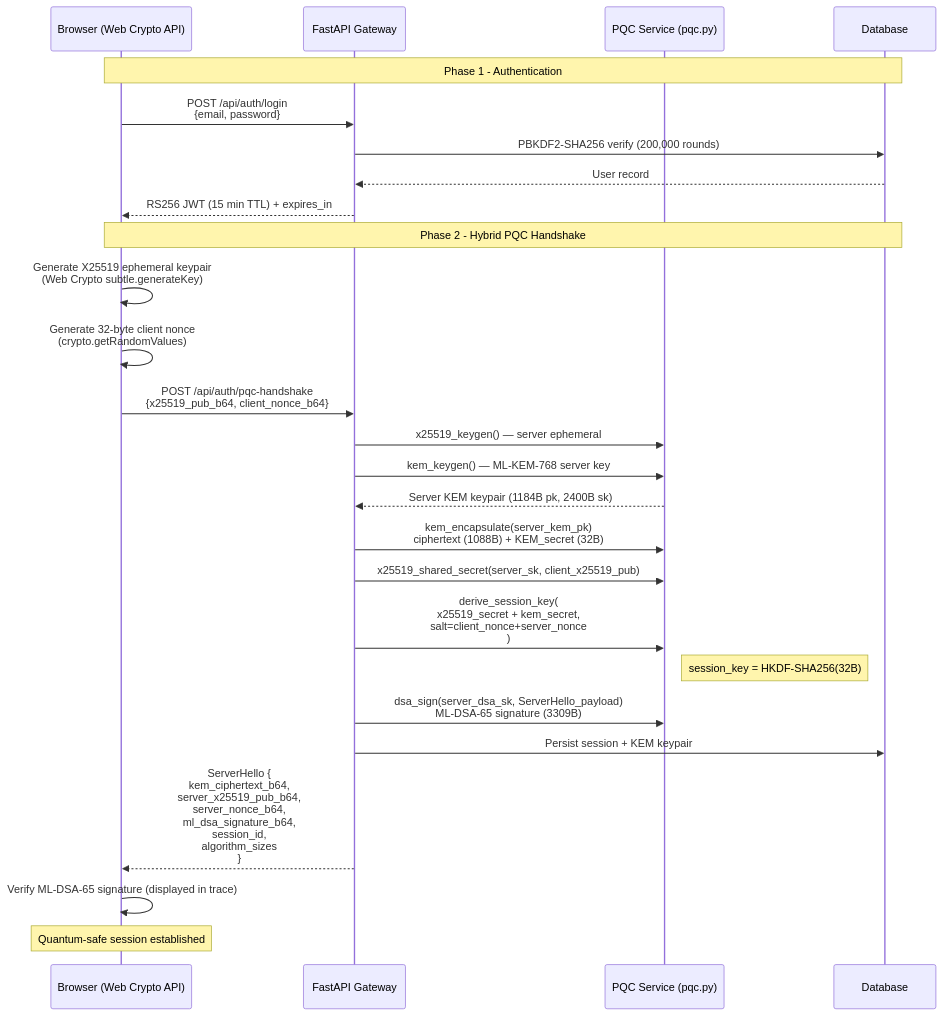
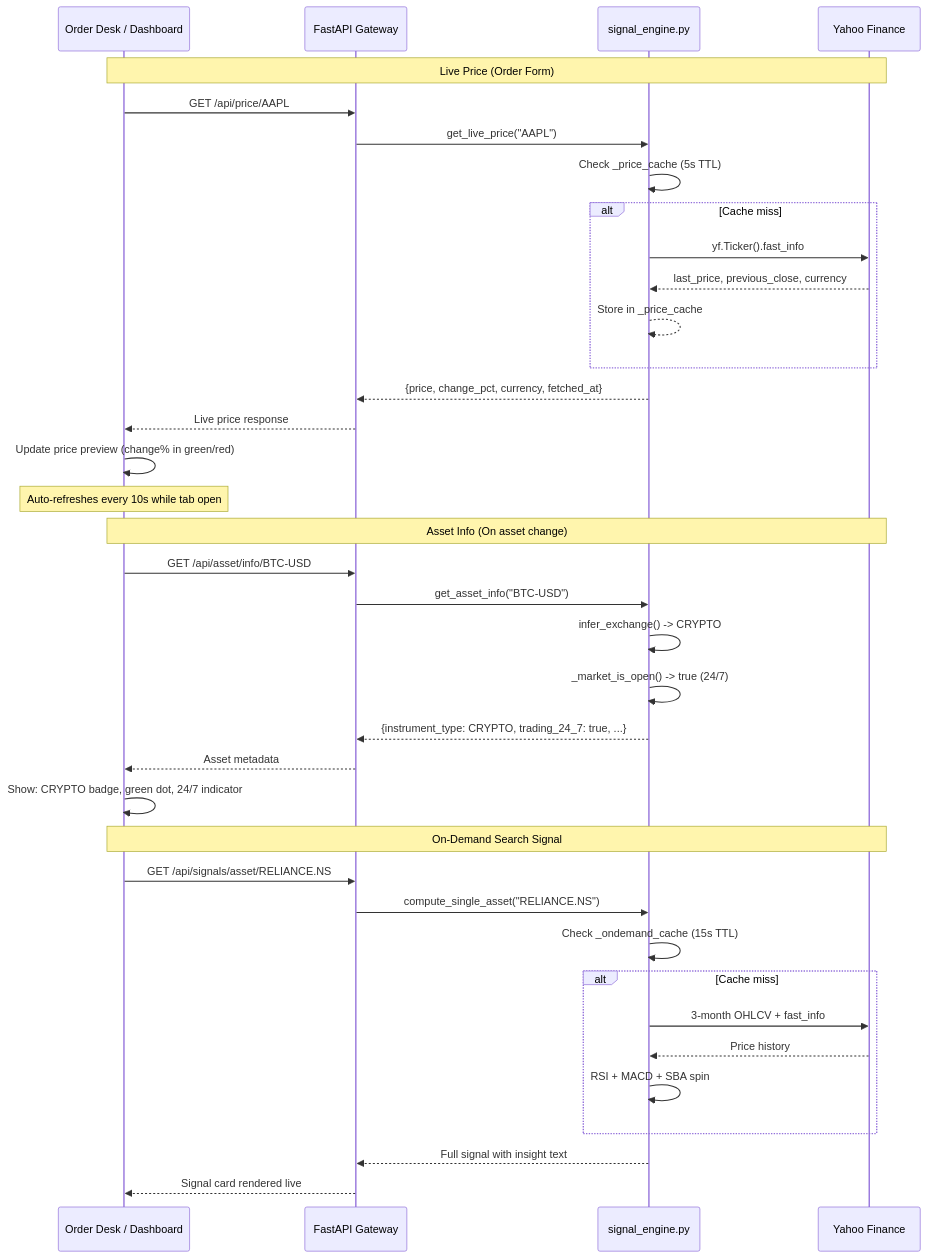
The second of 5 diagrams in README.md (BugHunterX2101/quantumsentinel-web), drawn with Mermaid before and after one commit. The commit also changed other lines of this file, not shown here.

````diff
--- a/README.md
+++ b/README.md
@@ -138,34 +141,42 @@
 ```mermaid
 sequenceDiagram
-    participant BR as Browser (Web Crypto API)
+    participant UI as Order Desk / Dashboard
     participant GW as FastAPI Gateway
-    participant PQC as PQC Service (pqc.py)
-    participant DB as Database
+    participant SE as signal_engine.py
+    participant YF as Yahoo Finance
 
-    Note over BR,DB: Phase 1 - Authentication
-    BR->>GW: POST /api/auth/login<br/>{email, password}
-    GW->>DB: PBKDF2-SHA256 verify (200,000 rounds)
-    DB-->>GW: User record
-    GW-->>BR: RS256 JWT (15 min TTL) + expires_in
+    Note over UI,YF: Live Price (Order Form)
+    UI->>GW: GET /api/price/AAPL
+    GW->>SE: get_live_price("AAPL")
+    SE->>SE: Check _price_cache (5s TTL)
+    alt Cache miss
+        SE->>YF: yf.Ticker().fast_info
+        YF-->>SE: last_price, previous_close, currency
+        SE-->>SE: Store in _price_cache
+    end
+    SE-->>GW: {price, change_pct, currency, fetched_at}
+    GW-->>UI: Live price response
+    UI->>UI: Update price preview (change% in green/red)
+    Note over UI: Auto-refreshes every 10s while tab open
 
-    Note over BR,DB: Phase 2 - Hybrid PQC Handshake
-    BR->>BR: Generate X25519 ephemeral keypair<br/>(Web Crypto subtle.generateKey)
-    BR->>BR: Generate 32-byte client nonce<br/>(crypto.getRandomValues)
-    BR->>GW: POST /api/auth/pqc-handshake<br/>{x25519_pub_b64, client_nonce_b64}
+    Note over UI,YF: Asset Info (On asset change)
+    UI->>GW: GET /api/asset/info/BTC-USD
+    GW->>SE: get_asset_info("BTC-USD")
+    SE->>SE: infer_exchange() -> CRYPTO
+    SE->>SE: _market_is_open() -> true (24/7)
+    SE-->>GW: {instrument_type: CRYPTO, trading_24_7: true, ...}
+    GW-->>UI: Asset metadata
+    UI->>UI: Show: CRYPTO badge, green dot, 24/7 indicator
 
-    GW->>PQC: x25519_keygen() — server ephemeral
-    GW->>PQC: kem_keygen() — ML-KEM-768 server key
-    PQC-->>GW: Server KEM keypair (1184B pk, 2400B sk)
-
-    GW->>PQC: kem_encapsulate(server_kem_pk)<br/>ciphertext (1088B) + KEM_secret (32B)
-    GW->>PQC: x25519_shared_secret(server_sk, client_x25519_pub)
-    GW->>PQC: derive_session_key(<br/>  x25519_secret + kem_secret,<br/>  salt=client_nonce+server_nonce<br/>)
-    Note right of PQC: session_key = HKDF-SHA256(32B)
-
-    GW->>PQC: dsa_sign(server_dsa_sk, ServerHello_payload)<br/>ML-DSA-65 signature (3309B)
-    GW->>DB: Persist session + KEM keypair
-    GW-->>BR: ServerHello {<br/>  kem_ciphertext_b64,<br/>  server_x25519_pub_b64,<br/>  server_nonce_b64,<br/>  ml_dsa_signature_b64,<br/>  session_id,<br/>  algorithm_sizes<br/>}
-
-    BR->>BR: Verify ML-DSA-65 signature (displayed in trace)
-    Note over BR: Quantum-safe session established
+    Note over UI,YF: On-Demand Search Signal
+    UI->>GW: GET /api/signals/asset/RELIANCE.NS
+    GW->>SE: compute_single_asset("RELIANCE.NS")
+    SE->>SE: Check _ondemand_cache (15s TTL)
+    alt Cache miss
+        SE->>YF: 3-month OHLCV + fast_info
+        YF-->>SE: Price history
+        SE->>SE: RSI + MACD + SBA spin
+    end
+    SE-->>GW: Full signal with insight text
+    GW-->>UI: Signal card rendered live
 ```
````
